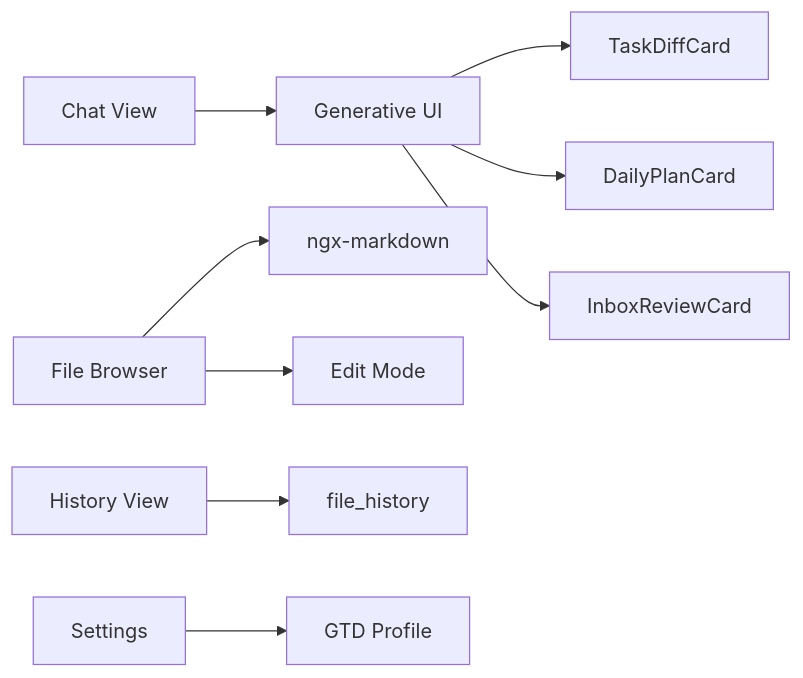
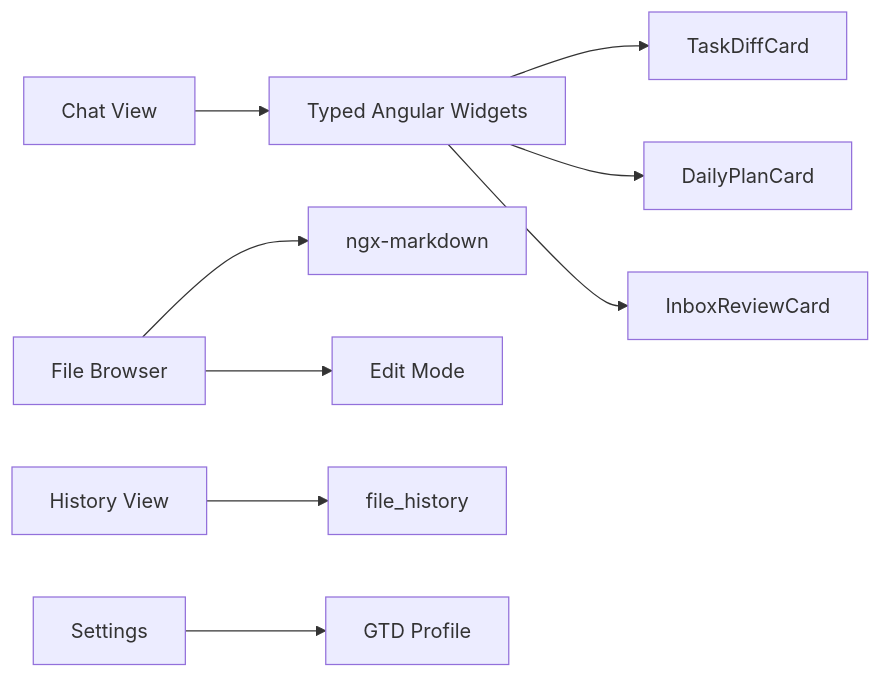
The third of 6 diagrams in docs/specs/architecture.md (lutzleonhardt/keppt-app), drawn with Mermaid before and after one commit. The commit also changed other lines of this file and 1 other file, not shown here.

Commit message:
spec: define angular chat ui path

````diff
--- a/docs/specs/architecture.md
+++ b/docs/specs/architecture.md
@@ -46,11 +46,11 @@
 ```mermaid
 graph LR
-    Chat[Chat View] --> Hashbrown[Generative UI]
-    Hashbrown --> TaskDiff[TaskDiffCard]
-    Hashbrown --> DailyPlan[DailyPlanCard]
-    Hashbrown --> InboxReview[InboxReviewCard]
+    Chat[Chat View] --> Widgets[Typed Angular Widgets]
+    Widgets --> TaskDiff[TaskDiffCard]
+    Widgets --> DailyPlan[DailyPlanCard]
+    Widgets --> InboxReview[InboxReviewCard]
     Files[File Browser] --> Markdown[ngx-markdown]
     Files --> Editor[Edit Mode]
     History[History View] --> FileHistory[file_history]
     Settings[Settings] --> Profile[GTD Profile]
 ```
````
